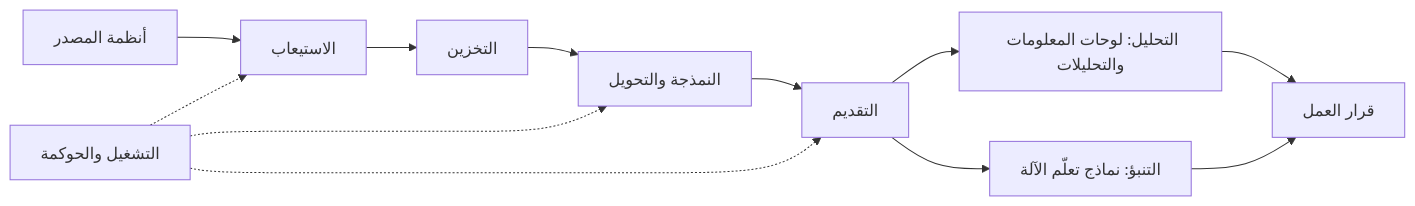
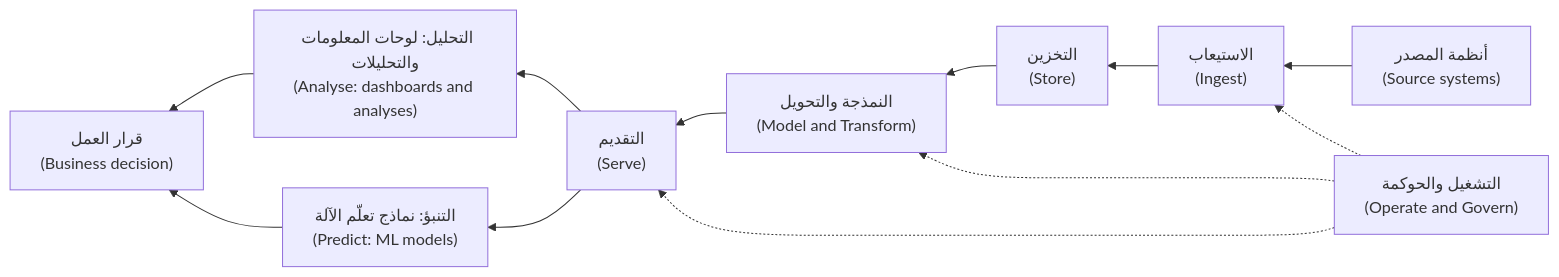
The first of 3 diagrams in data/modules/00-orientation.ar.md (Tamoura/system-design-for-vibe-coders), drawn with Mermaid before and after one commit. The commit also changed other lines of this file and 20 other files, not shown here.

First line of the commit message:
New courses: Arabic diagrams read right-to-left with English labels (modules 0–6)

````diff
--- a/data/modules/00-orientation.ar.md
+++ b/data/modules/00-orientation.ar.md
@@ -86,14 +86,14 @@
 ```mermaid
-flowchart LR
-    S["أنظمة المصدر"] --> I["الاستيعاب"]
-    I --> ST["التخزين"]
-    ST --> M["النمذجة والتحويل"]
-    M --> SV["التقديم"]
-    SV --> A["التحليل: لوحات المعلومات والتحليلات"]
-    SV --> DS["التنبؤ: نماذج تعلّم الآلة"]
-    A --> D["قرار العمل"]
+flowchart RL
+    S["أنظمة المصدر<br/>(Source systems)"] --> I["الاستيعاب<br/>(Ingest)"]
+    I --> ST["التخزين<br/>(Store)"]
+    ST --> M["النمذجة والتحويل<br/>(Model and Transform)"]
+    M --> SV["التقديم<br/>(Serve)"]
+    SV --> A["التحليل: لوحات المعلومات والتحليلات<br/>(Analyse: dashboards and analyses)"]
+    SV --> DS["التنبؤ: نماذج تعلّم الآلة<br/>(Predict: ML models)"]
+    A --> D["قرار العمل<br/>(Business decision)"]
     DS --> D
-    O["التشغيل والحوكمة"] -.-> I
+    O["التشغيل والحوكمة<br/>(Operate and Govern)"] -.-> I
     O -.-> M
     O -.-> SV
 ```
````
